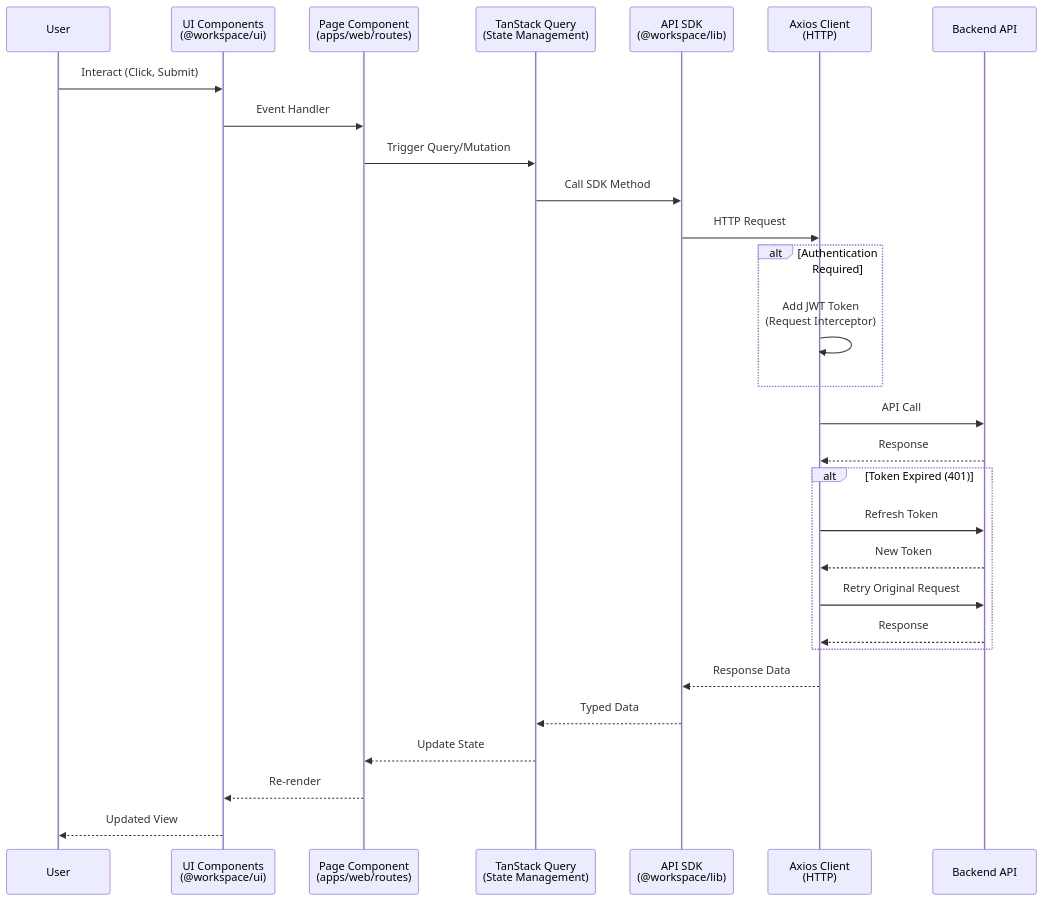
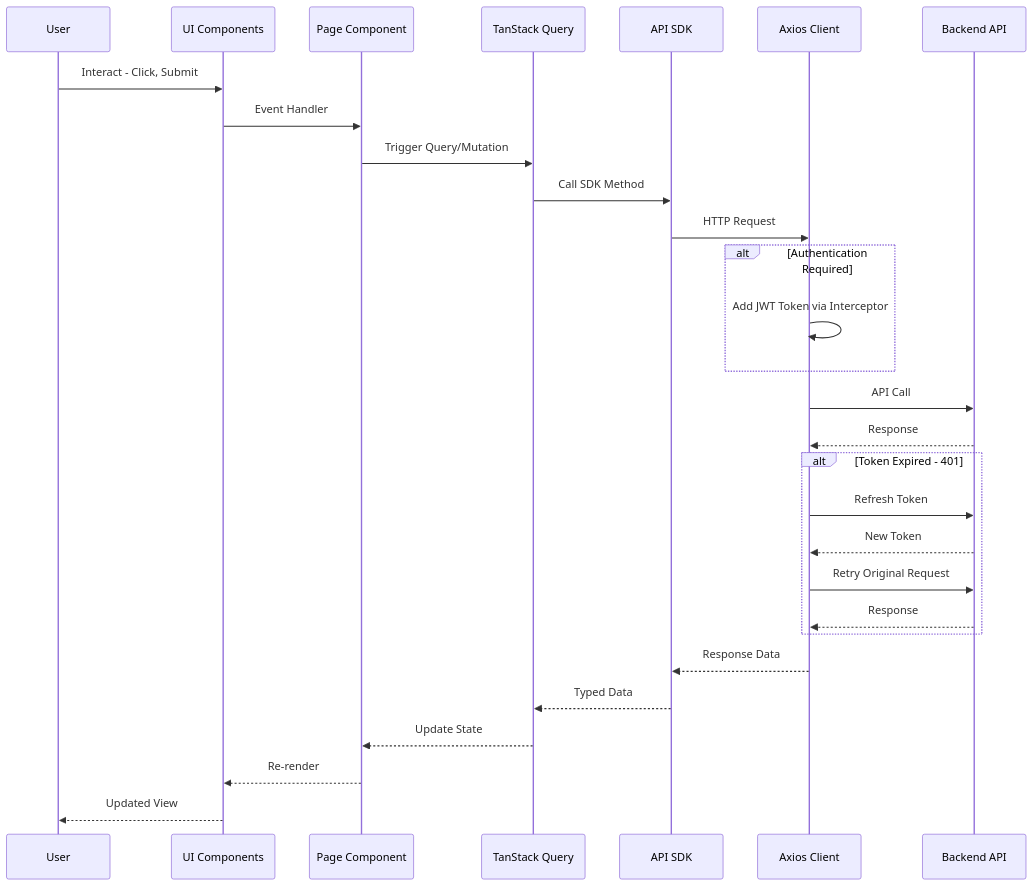
One commit to devnguyen0111/cryoweb changed the fourth of 12 diagrams in ARCHITECTURE_OVERVIEW.md. Above: the diagram before and after it, drawn with Mermaid. The commit also changed other lines of this file, not shown here.

Commit message:
Refactor architecture overview: update component descriptions in diagrams for clarity and consistency, enhancing readability of the application structure and technology stack.

````diff
--- a/ARCHITECTURE_OVERVIEW.md
+++ b/ARCHITECTURE_OVERVIEW.md
@@ -185,36 +185,36 @@
 ```mermaid
 sequenceDiagram
     participant User
-    participant UI as UI Components<br/>(@workspace/ui)
-    participant Page as Page Component<br/>(apps/web/routes)
-    participant Query as TanStack Query<br/>(State Management)
-    participant API as API SDK<br/>(@workspace/lib)
-    participant Axios as Axios Client<br/>(HTTP)
+    participant UI as UI Components
+    participant Page as Page Component
+    participant Query as TanStack Query
+    participant API as API SDK
+    participant Axios as Axios Client
     participant Backend as Backend API
 
-    User->>UI: Interact (Click, Submit)
+    User->>UI: Interact - Click, Submit
     UI->>Page: Event Handler
     Page->>Query: Trigger Query/Mutation
     Query->>API: Call SDK Method
     API->>Axios: HTTP Request
 
     alt Authentication Required
-        Axios->>Axios: Add JWT Token<br/>(Request Interceptor)
+        Axios->>Axios: Add JWT Token via Interceptor
     end
 
     Axios->>Backend: API Call
     Backend-->>Axios: Response
 
-    alt Token Expired (401)
+    alt Token Expired - 401
         Axios->>Backend: Refresh Token
         Backend-->>Axios: New Token
         Axios->>Backend: Retry Original Request
         Backend-->>Axios: Response
     end
 
     Axios-->>API: Response Data
     API-->>Query: Typed Data
     Query-->>Page: Update State
     Page-->>UI: Re-render
     UI-->>User: Updated View
 ```
````
